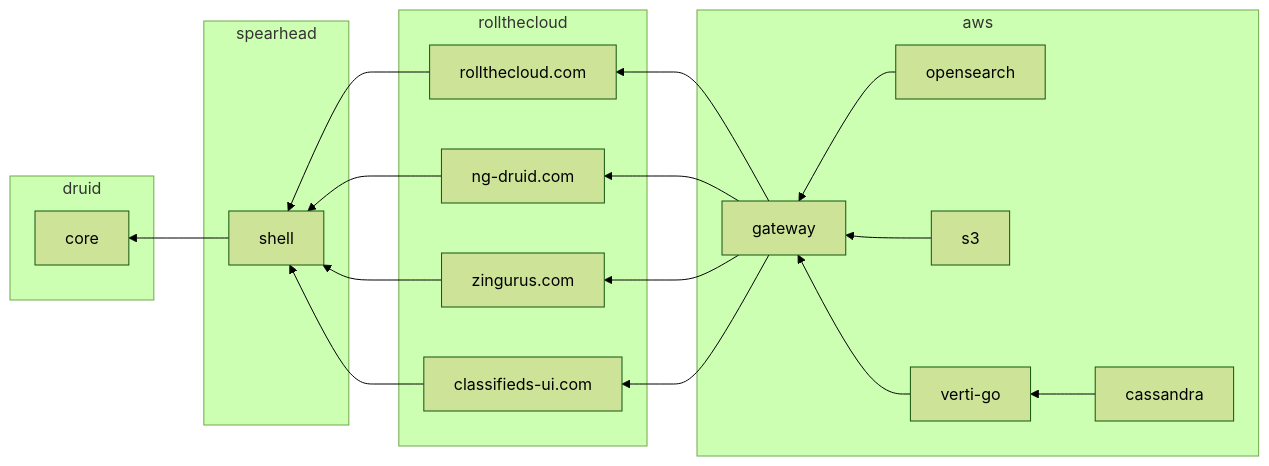
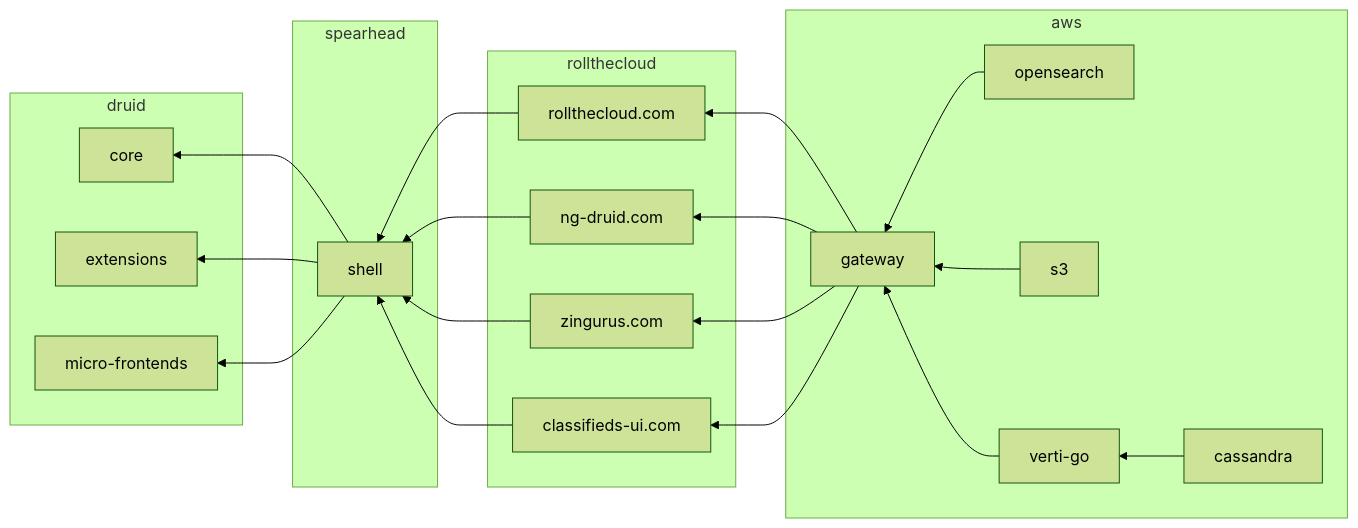
Before and after one commit to rollthecloudinc/quell: the diagram in architecture/ecosystem/README.md, drawn with Mermaid (forest theme).

````diff
--- a/architecture/ecosystem/README.md
+++ b/architecture/ecosystem/README.md
@@ -5,25 +5,29 @@
 ```mermaid
 flowchart RL
 subgraph druid
 core
+extensions
+micro-frontends
 end
 subgraph spearhead
 shell-->core
+shell-->extensions
+shell-->micro-frontends
 end
 subgraph rollthecloud
 dcloud[rollthecloud.com]-->shell
 druid2[ng-druid.com]-->shell
 zingurus[zingurus.com]-->shell
 classifieds-ui[classifieds-ui.com]-->shell
 end
 subgraph aws
 gateway-->dcloud
 gateway-->druid2
 gateway-->zingurus
 gateway-->classifieds-ui
 opensearch-->gateway
 s3-->gateway
 verti-go-->gateway
 cassandra-->verti-go
 end
 ```
````
